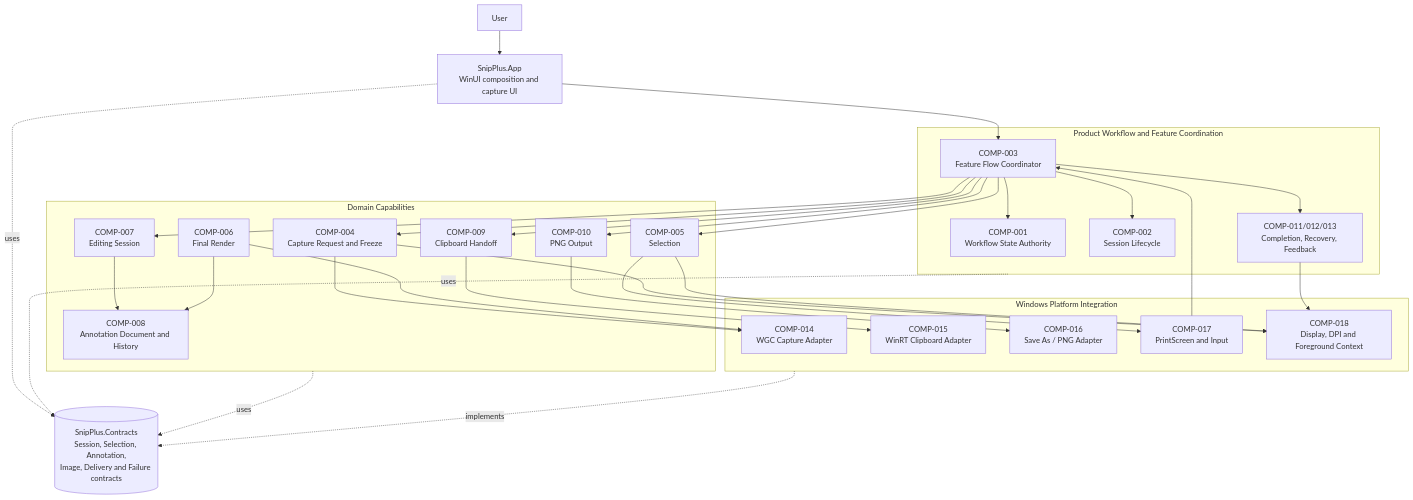
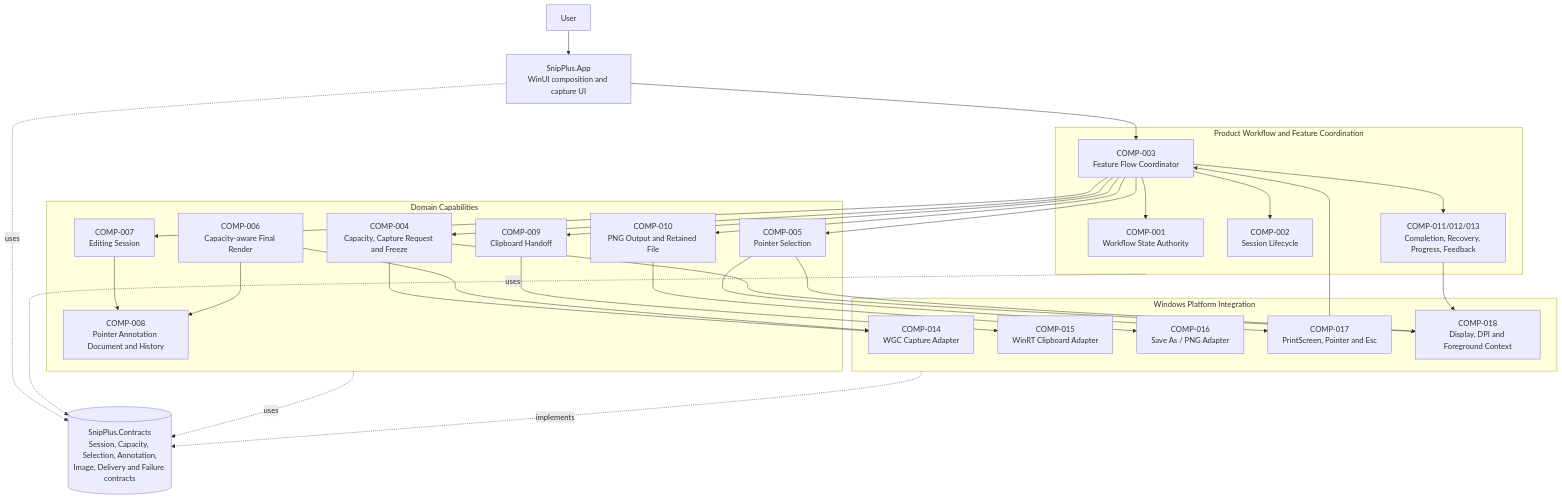
The first of 3 diagrams in Architecture/architecture-diagram.md (gn02033417/SnipPlus), drawn with Mermaid before and after one commit. The commit also changed other lines of this file, not shown here.

Commit message:
docs: align architecture diagram to four-4k pointer-driven v1

````diff
--- a/Architecture/architecture-diagram.md
+++ b/Architecture/architecture-diagram.md
@@ -9,79 +9,79 @@
 ```mermaid
 flowchart TB
     User[User]
     App[SnipPlus.App
 WinUI composition and capture UI]
 
     subgraph Workflow[Product Workflow and Feature Coordination]
         State[COMP-001
 Workflow State Authority]
         Session[COMP-002
 Session Lifecycle]
         Flow[COMP-003
 Feature Flow Coordinator]
         Recovery[COMP-011/012/013
-Completion, Recovery, Feedback]
+Completion, Recovery, Progress, Feedback]
     end
 
     subgraph Domain[Domain Capabilities]
         Freeze[COMP-004
-Capture Request and Freeze]
+Capacity, Capture Request and Freeze]
         Selection[COMP-005
-Selection]
+Pointer Selection]
         Render[COMP-006
-Final Render]
+Capacity-aware Final Render]
         Editing[COMP-007
 Editing Session]
         Annotation[COMP-008
-Annotation Document and History]
+Pointer Annotation Document and History]
         Clipboard[COMP-009
 Clipboard Handoff]
         Output[COMP-010
-PNG Output]
+PNG Output and Retained File]
     end
 
     subgraph Platform[Windows Platform Integration]
         CaptureAdapter[COMP-014
 WGC Capture Adapter]
         ClipboardAdapter[COMP-015
 WinRT Clipboard Adapter]
         OutputAdapter[COMP-016
 Save As / PNG Adapter]
         Input[COMP-017
-PrintScreen and Input]
+PrintScreen, Pointer and Esc]
         Display[COMP-018
 Display, DPI and Foreground Context]
     end
 
     Contracts[(SnipPlus.Contracts
-Session, Selection, Annotation,
+Session, Capacity, Selection, Annotation,
 Image, Delivery and Failure contracts)]
 
     User --> App
     App --> Flow
     Input --> Flow
     Flow --> State
     Flow --> Session
     Flow --> Freeze
     Flow --> Selection
     Flow --> Editing
     Flow --> Clipboard
     Flow --> Output
     Flow --> Recovery
 
     Freeze --> CaptureAdapter
     Freeze --> Display
     Selection --> Input
     Selection --> Display
     Editing --> Annotation
     Render --> Annotation
     Render --> CaptureAdapter
     Clipboard --> ClipboardAdapter
     Output --> OutputAdapter
     Recovery --> Display
 
     App -. uses .-> Contracts
     Workflow -. uses .-> Contracts
     Domain -. uses .-> Contracts
     Platform -. implements .-> Contracts
 ```
````
